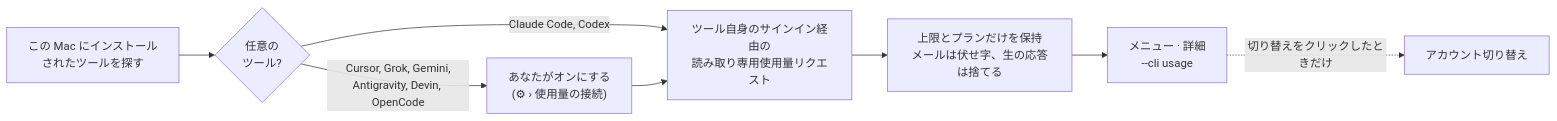
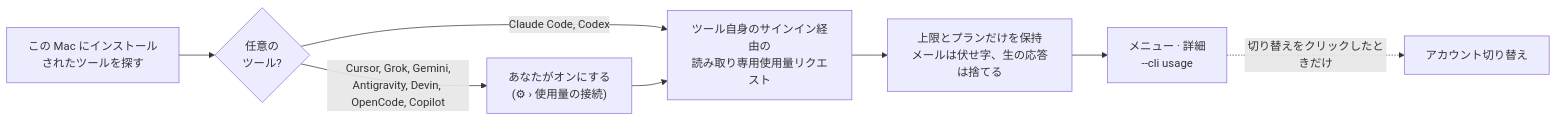
Before and after one commit to deximple/usageswitch: the diagram in README.ja.md, drawn with Mermaid. The commit also changed other lines of this file and 89 other files, not shown here.

````diff
--- a/README.ja.md
+++ b/README.ja.md
@@ -301,10 +304,10 @@
 ```mermaid
 flowchart LR
     A["この Mac にインストール<br/>されたツールを探す"] --> B{"任意の<br/>ツール?"}
     B -- "Claude Code, Codex" --> D
-    B -- "Cursor, Grok, Gemini,<br/>Antigravity, Devin, OpenCode" --> C["あなたがオンにする<br/>(⚙︎ › 使用量の接続)"]
+    B -- "Cursor, Grok, Gemini,<br/>Antigravity, Devin, OpenCode, Copilot" --> C["あなたがオンにする<br/>(⚙︎ › 使用量の接続)"]
     C --> D["ツール自身のサインイン経由の<br/>読み取り専用使用量リクエスト"]
     D --> E["上限とプランだけを保持<br/>メールは伏せ字、生の応答は捨てる"]
     E --> F["メニュー · 詳細<br/>--cli usage"]
     F -. "切り替えをクリックしたときだけ" .-> G["アカウント切り替え"]
 ```
````
